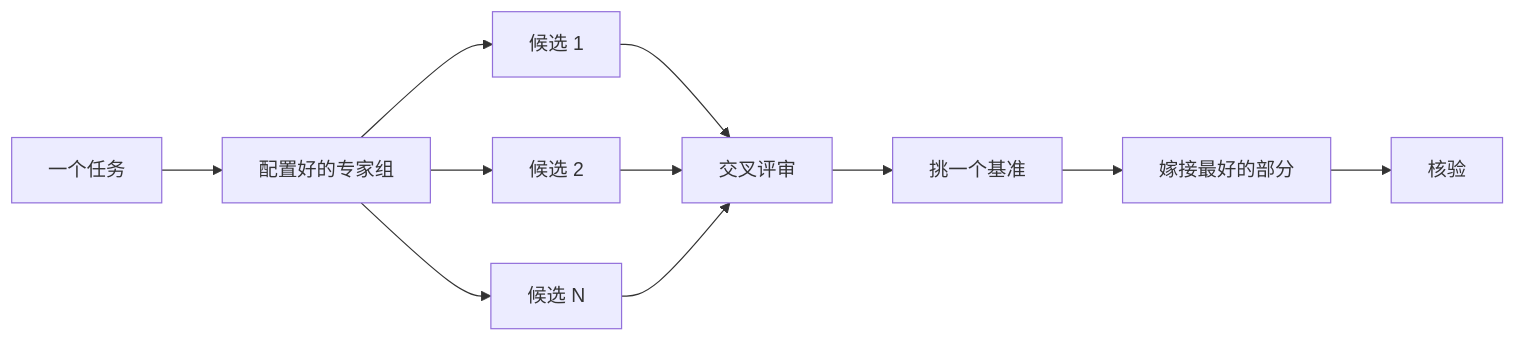
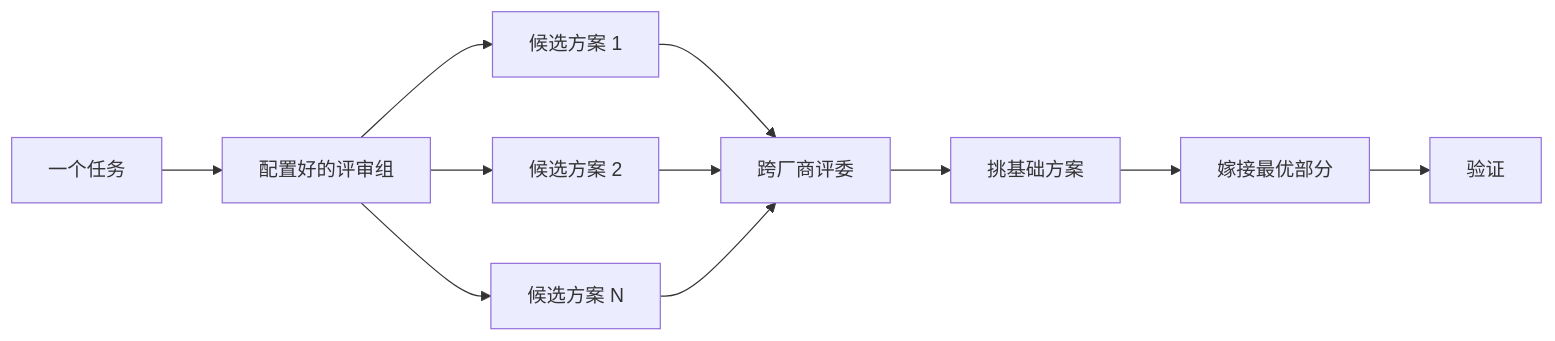
One commit to alvinhui/plugins changed the diagram in pstack/docs/guide-zhCN/04-design.md. Above: the diagram before and after it, drawn with Mermaid. The commit also changed other lines of this file and 10 other files, not shown here.

````diff
--- a/pstack/docs/guide-zhCN/04-design.md
+++ b/pstack/docs/guide-zhCN/04-design.md
@@ -27,13 +27,13 @@
 ```mermaid
 flowchart LR
-    A[一个任务] --> B[配置好的专家组]
-    B --> C[候选 1]
-    B --> D[候选 2]
-    B --> E[候选 N]
-    C --> F[交叉评审]
+    A[一个任务] --> B[配置好的评审组]
+    B --> C[候选方案 1]
+    B --> D[候选方案 2]
+    B --> E[候选方案 N]
+    C --> F[跨厂商评委]
     D --> F
     E --> F
-    F --> G[挑一个基准]
-    G --> H[嫁接最好的部分]
-    H --> I[核验]
+    F --> G[挑基础方案]
+    G --> H[嫁接最优部分]
+    H --> I[验证]
 ```
````
